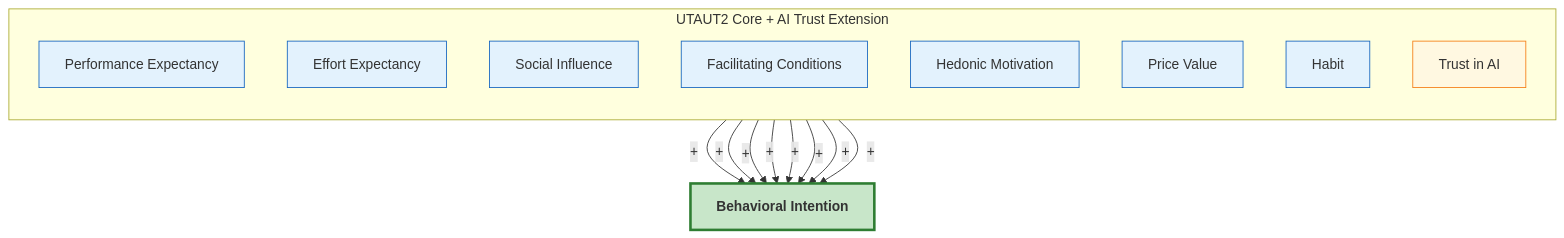
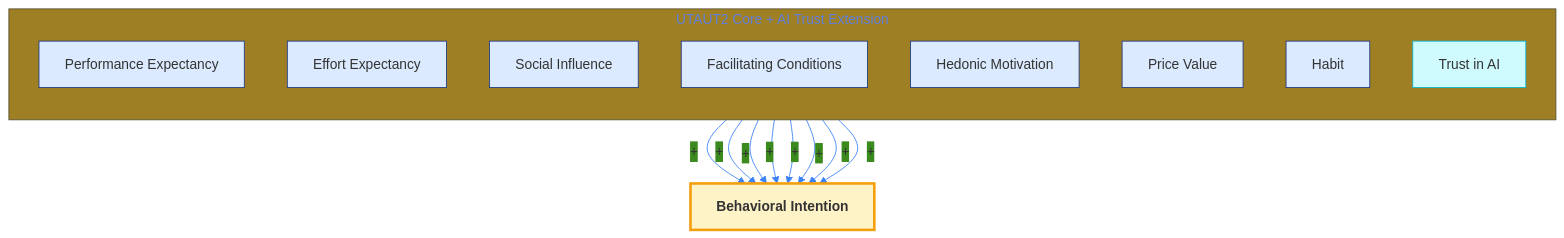
One commit to fabioc-aloha/AIRS_Data_Analysis changed the third of 3 diagrams in thesis-v2/manuscript/chapters/03_methodology.md. Above: the diagram before and after it, drawn with Mermaid. The commit also changed other lines of this file and 13 other files, not shown here.

Commit message:
thesis-v2: apply project palette (#1e3a8a, #3b82f6, #06b6d4, #f59e0b) to Mermaid diagrams

````diff
--- a/thesis-v2/manuscript/chapters/03_methodology.md
+++ b/thesis-v2/manuscript/chapters/03_methodology.md
@@ -551,35 +553,36 @@
 ```mermaid
+%%{init: {'theme': 'base', 'themeVariables': {'primaryColor': '#1e3a8a', 'lineColor': '#3b82f6'}}}%%
 flowchart TD
     subgraph predictors["UTAUT2 Core + AI Trust Extension"]
         direction TB
         PE["Performance Expectancy"]
         EE["Effort Expectancy"]
         SI["Social Influence"]
         FC["Facilitating Conditions"]
         HM["Hedonic Motivation"]
         PV["Price Value"]
         HB["Habit"]
         TR["Trust in AI"]
     end
 
     BI["<b>Behavioral Intention</b>"]
 
     PE -->|+| BI
     EE -->|+| BI
     SI -->|+| BI
     FC -->|+| BI
     HM -->|+| BI
     PV -->|+| BI
     HB -->|+| BI
     TR -->|+| BI
 
-    style BI fill:#c8e6c9,stroke:#2e7d32,stroke-width:3px
-    style PE fill:#e3f2fd,stroke:#1565c0
-    style EE fill:#e3f2fd,stroke:#1565c0
-    style SI fill:#e3f2fd,stroke:#1565c0
-    style FC fill:#e3f2fd,stroke:#1565c0
-    style HM fill:#e3f2fd,stroke:#1565c0
-    style PV fill:#e3f2fd,stroke:#1565c0
-    style HB fill:#e3f2fd,stroke:#1565c0
-    style TR fill:#fff8e1,stroke:#f57f17
+    style BI fill:#fef3c7,stroke:#f59e0b,stroke-width:3px
+    style PE fill:#dbeafe,stroke:#1e3a8a
+    style EE fill:#dbeafe,stroke:#1e3a8a
+    style SI fill:#dbeafe,stroke:#1e3a8a
+    style FC fill:#dbeafe,stroke:#1e3a8a
+    style HM fill:#dbeafe,stroke:#1e3a8a
+    style PV fill:#dbeafe,stroke:#1e3a8a
+    style HB fill:#dbeafe,stroke:#1e3a8a
+    style TR fill:#cffafe,stroke:#06b6d4
 ```
````
